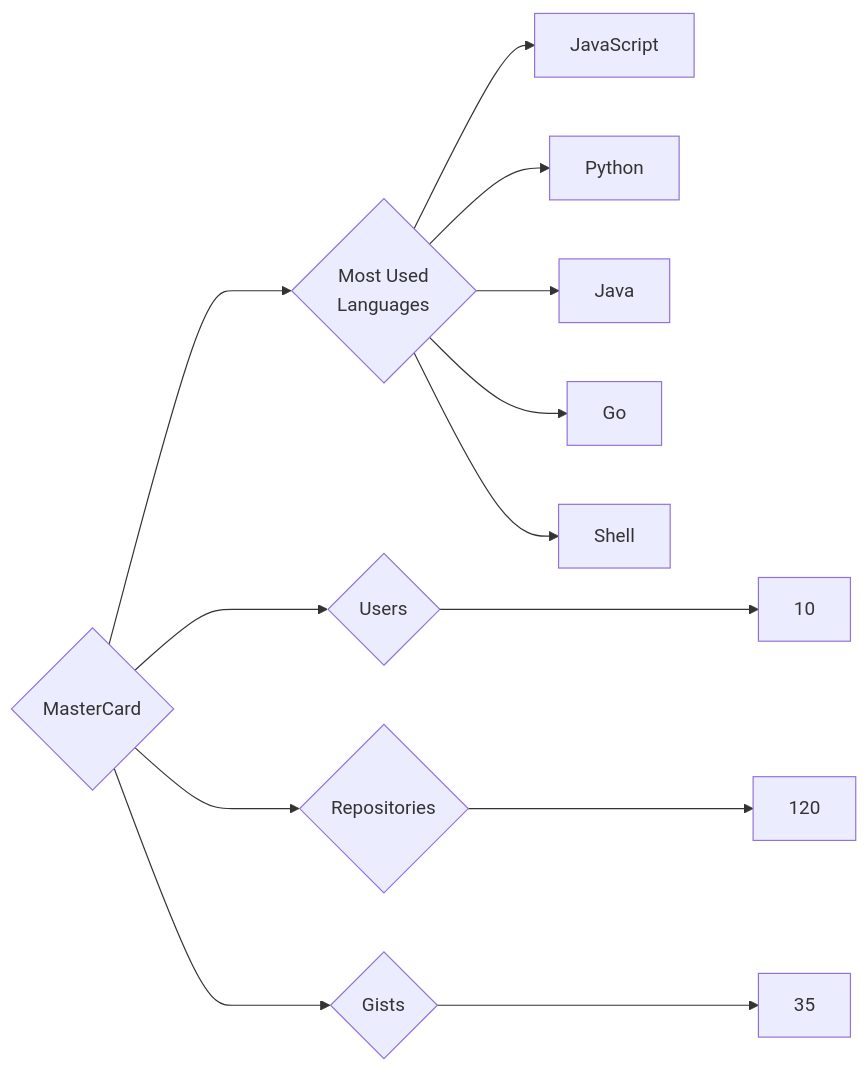
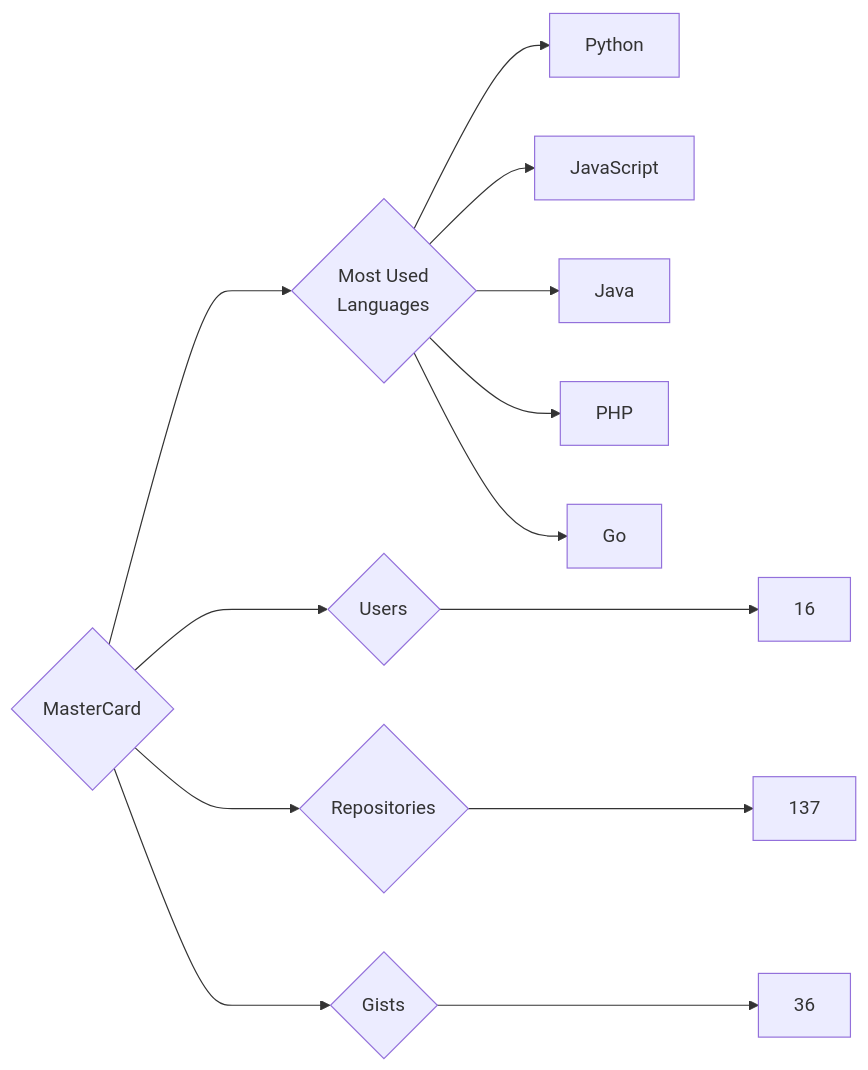
Before and after one commit to trickest/insiders: the diagram in targets/MasterCard/README.md, drawn with Mermaid. The commit also changed 870 other files, not shown here.

````diff
--- a/targets/MasterCard/README.md
+++ b/targets/MasterCard/README.md
@@ -3,13 +3,13 @@
 ```mermaid
 graph LR
 COMPANY_NAME{MasterCard}
-COMPANY_NAME ---> U{Users} ---> UN[10]
-COMPANY_NAME ---> R{Repositories} ---> RN[120]
-COMPANY_NAME ---> G{Gists} ---> GN[35]
+COMPANY_NAME ---> U{Users} ---> UN[16]
+COMPANY_NAME ---> R{Repositories} ---> RN[137]
+COMPANY_NAME ---> G{Gists} ---> GN[36]
 COMPANY_NAME ---> ML{Most Used<br>Languages}
+ML --> Python[Python]
 ML --> JavaScript[JavaScript]
-ML --> Python[Python]
 ML --> Java[Java]
+ML --> PHP[PHP]
 ML --> Go[Go]
-ML --> Shell[Shell]
 ```
````
